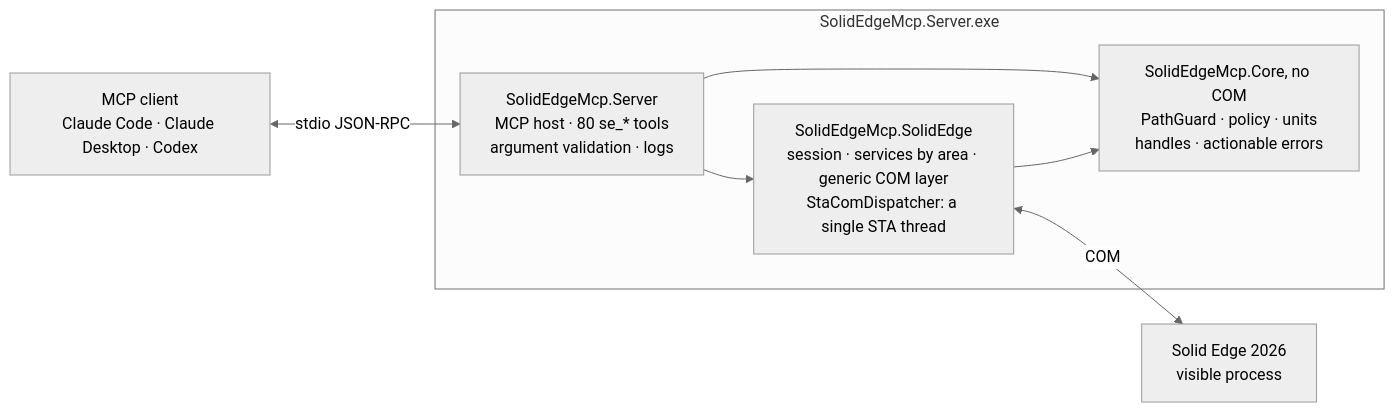
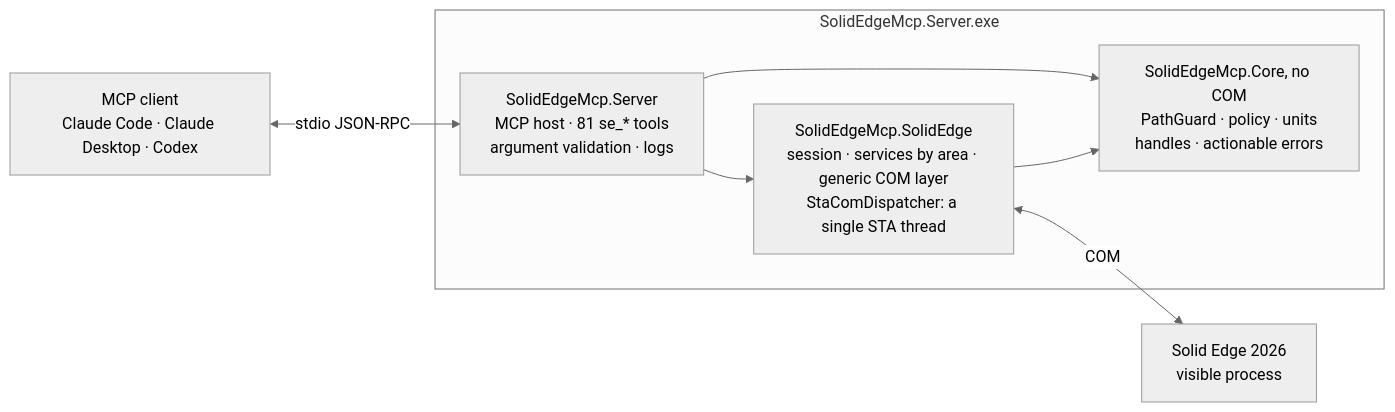
One commit to gabichuuuuu/solid-edge-mcp changed the diagram in README.md. Above: the diagram before and after it, drawn with Mermaid (neutral theme). The commit also changed other lines of this file and 14 other files, not shown here.

````diff
--- a/README.md
+++ b/README.md
@@ -323,18 +324,18 @@
 ```mermaid
 flowchart LR
     client["MCP client<br/>Claude Code · Claude Desktop · Codex"]
 
     subgraph exe ["SolidEdgeMcp.Server.exe"]
-        server["SolidEdgeMcp.Server<br/>MCP host · 80 se_* tools<br/>argument validation · logs"]
+        server["SolidEdgeMcp.Server<br/>MCP host · 81 se_* tools<br/>argument validation · logs"]
         se["SolidEdgeMcp.SolidEdge<br/>session · services by area · generic COM layer<br/>StaComDispatcher: a single STA thread"]
         core["SolidEdgeMcp.Core, no COM<br/>PathGuard · policy · units<br/>handles · actionable errors"]
         server --> se
         server --> core
         se --> core
     end
 
     app["Solid Edge 2026<br/>visible process"]
 
     client <-->|stdio JSON-RPC| server
     se <-->|COM| app
 ```
````
